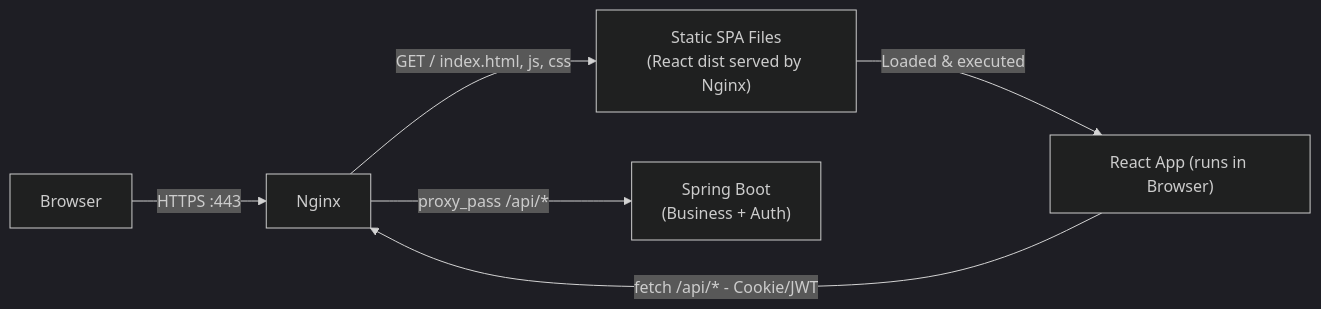
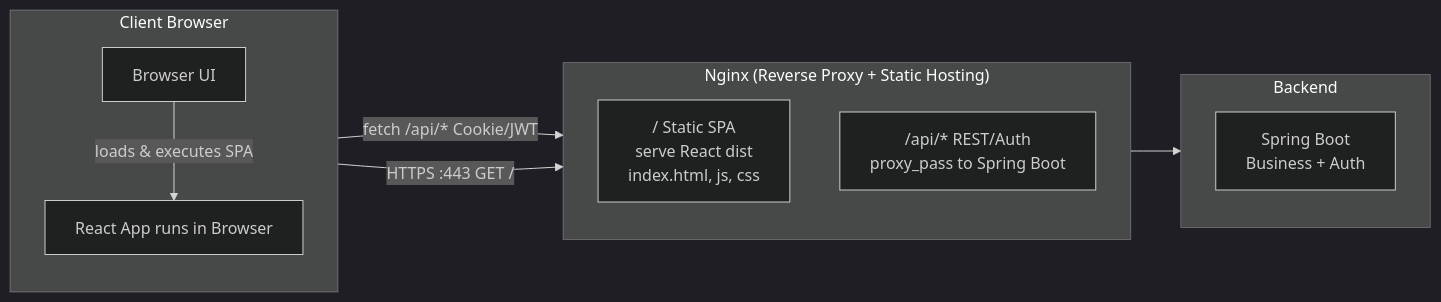
The second of 2 diagrams in _posts/2026-03-04-react-springboot-structure.md (jhlee-si/jhlee-si.github.io), drawn with Mermaid (dark theme) before and after one commit.

````diff
--- a/_posts/2026-03-04-react-springboot-structure.md
+++ b/_posts/2026-03-04-react-springboot-structure.md
@@ -27,14 +27,21 @@
 ```mermaid
 flowchart LR
-  U[Browser] -->|HTTPS :443| N[Nginx]
-
-  %% 1) Initial page load (static)
-  N -->|GET / index.html, js, css| S["Static SPA Files<br/>(React dist served by Nginx)"]
-
-  %% 2) App runs in the browser
-  S -->|Loaded & executed| R["React App (runs in Browser)"]
-
-  %% 3) API calls initiated by the React app (from the browser)
-  R -->|fetch /api/* - Cookie/JWT| N
-  N -->|proxy_pass /api/*| B["Spring Boot<br/>(Business + Auth)"]
+ subgraph C["Client Browser"]
+    direction TB
+        U["Browser UI"]
+        R["React App runs in Browser"]
+  end
+ subgraph N["Nginx (Reverse Proxy + Static Hosting)"]
+    direction TB
+        NSPA["/ Static SPA<br>serve React dist<br>index.html, js, css"]
+        NAPI["/api/* REST/Auth<br>proxy_pass to Spring Boot"]
+  end
+ subgraph S["Backend"]
+    direction TB
+        B["Spring Boot<br>Business + Auth"]
+  end
+    U -- loads & executes SPA --> R
+    C -- HTTPS :443 GET / --> NSPA
+    R -- fetch /api/* Cookie/JWT --> NAPI
+    NAPI --> B
 ```
````
